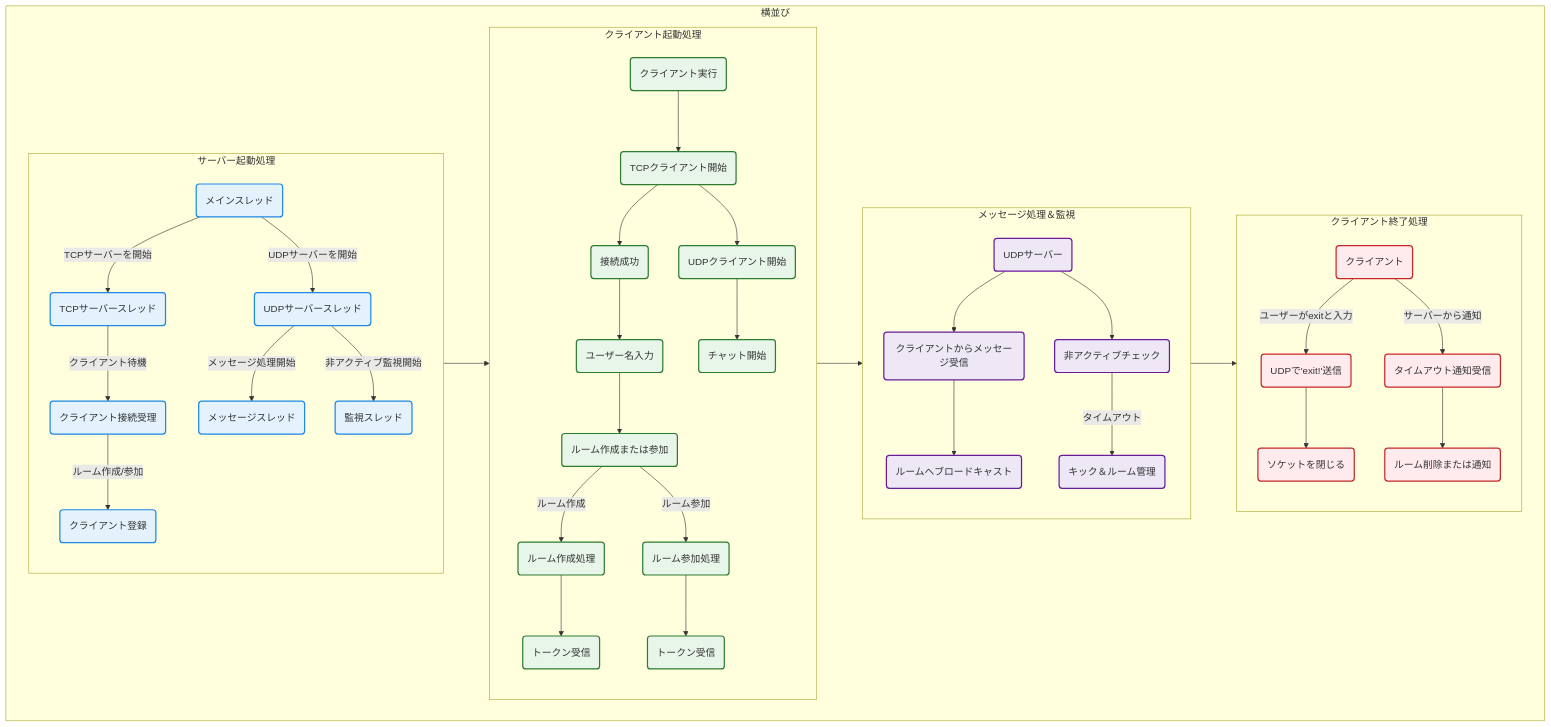
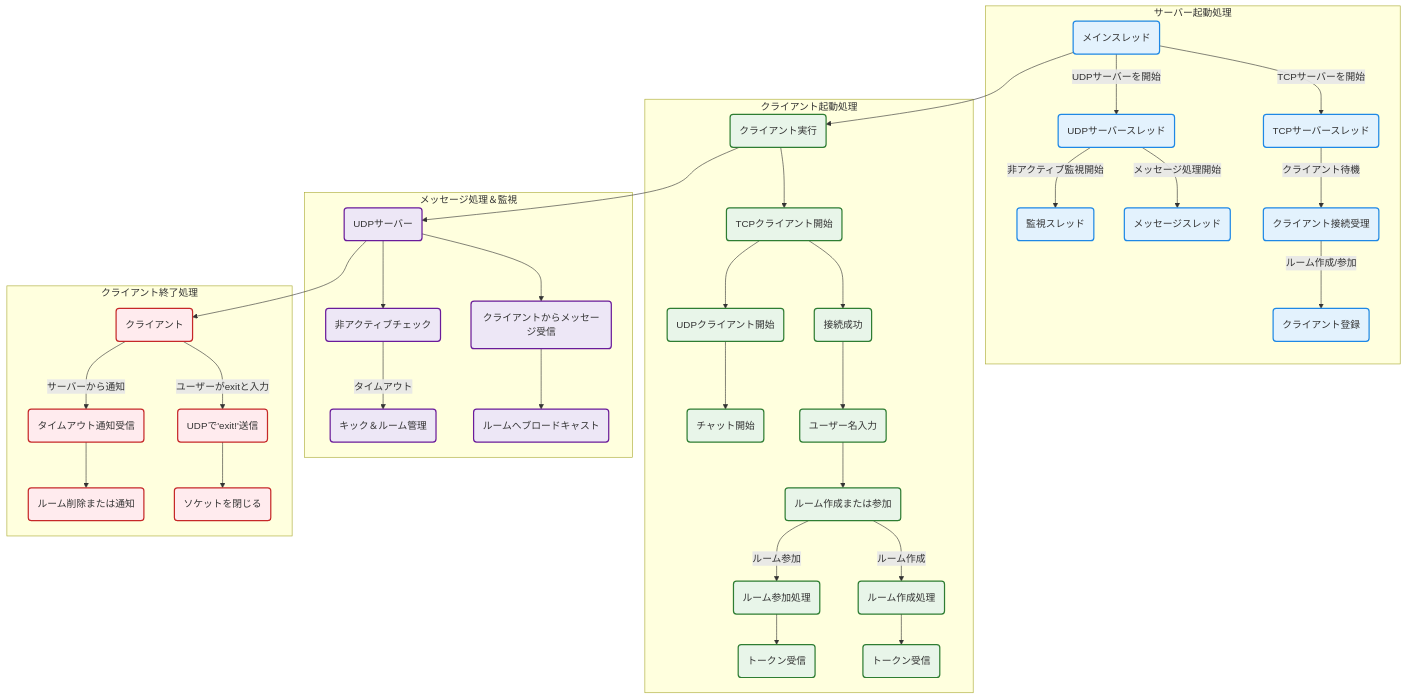
Before and after one commit to BackendExplorer/Online-Chat-Service: the second of 4 diagrams in README.md, drawn with Mermaid. The commit also changed other lines of this file, not shown here.

````diff
--- a/README.md
+++ b/README.md
@@ -62,93 +94,88 @@
 ```mermaid
 graph TD
-  %% 全体を横並びに配置するためのサブグラフ
-  subgraph 横並び
-    direction LR
 
-    %% サーバー起動処理（左側）
-    subgraph サーバー起動[サーバー起動処理]
-      direction TB
-      A1(メインスレッド)
-      A2(TCPサーバースレッド)
-      A3(UDPサーバースレッド)
-      A4(クライアント接続受理)
-      A5(クライアント登録)
-      A6(メッセージスレッド)
-      A7(監視スレッド)
-      
-      A1 -->|TCPサーバーを開始| A2
-      A1 -->|UDPサーバーを開始| A3
-      A2 -->|クライアント待機| A4
-      A4 -->|ルーム作成/参加| A5
-      A3 -->|メッセージ処理開始| A6
-      A3 -->|非アクティブ監視開始| A7
-    end
+%% スタイル定義
+classDef server fill:#e3f2fd,stroke:#1e88e5,stroke-width:2px
+classDef client fill:#e8f5e9,stroke:#2e7d32,stroke-width:2px
+classDef messaging fill:#ede7f6,stroke:#6a1b9a,stroke-width:2px
+classDef warning fill:#ffebee,stroke:#c62828,stroke-width:2px
 
-    %% クライアント起動処理
-    subgraph クライアント起動[クライアント起動処理]
-      direction TB
-      B1(クライアント実行)
-      B2(TCPクライアント開始)
-      B3(接続成功)
-      B4(ユーザー名入力)
-      B5(ルーム作成または参加)
-      B6(ルーム作成処理)
-      B7(トークン受信)
-      B8(ルーム参加処理)
-      B9(トークン受信)
-      B10(UDPクライアント開始)
-      B11(チャット開始)
-      
-      B1 --> B2
-      B2 --> B3
-      B3 --> B4
-      B4 --> B5
-      B5 -->|ルーム作成| B6 --> B7
-      B5 -->|ルーム参加| B8 --> B9
-      B2 --> B10
-      B10 --> B11
-    end
+%% サーバー起動
+subgraph サーバー起動[サーバー起動処理]
+    A1(メインスレッド)
+    A2(TCPサーバースレッド)
+    A3(UDPサーバースレッド)
+    A4(クライアント接続受理)
+    A5(クライアント登録)
+    A6(メッセージスレッド)
+    A7(監視スレッド)
 
-    %% サーバーメッセージ処理＆監視
-    subgraph サーバーメッセージ処理[メッセージ処理＆監視]
-      direction TB
-      C1(UDPサーバー)
-      C2(クライアントからメッセージ受信)
-      C3(ルームへブロードキャスト)
-      C4(非アクティブチェック)
-      C5(キック＆ルーム管理)
-      
-      C1 --> C2 --> C3
-      C1 --> C4 -->|タイムアウト| C5
-    end
+    A1 -->|TCPサーバーを開始| A2
+    A1 -->|UDPサーバーを開始| A3
+    A2 -->|クライアント待機| A4
+    A4 -->|ルーム作成/参加| A5
+    A3 -->|メッセージ処理開始| A6
+    A3 -->|非アクティブ監視開始| A7
 
-    %% クライアント終了処理（右側）
-    subgraph クライアント終了[クライアント終了処理]
-      direction TB
-      D1(クライアント)
-      D2(UDPで'exit!'送信)
-      D3(ソケットを閉じる)
-      D4(タイムアウト通知受信)
-      D5(ルーム削除または通知)
-      
-      D1 -->|ユーザーがexitと入力| D2 --> D3
-      D1 -->|サーバーから通知| D4 --> D5
-    end
-  end
+    class A1,A2,A3,A4,A5,A6,A7 server
+end
 
-  %% 各サブグラフ内の主要ノード同士を連携
-  A1 --> B1
-  B1 --> C1
-  C1 --> D1
+%% クライアント起動
+subgraph クライアント起動[クライアント起動処理]
+    B1(クライアント実行)
+    B2(TCPクライアント開始)
+    B3(接続成功)
+    B4(ユーザー名入力)
+    B5(ルーム作成または参加)
+    B6(ルーム作成処理)
+    B7(トークン受信)
+    B8(ルーム参加処理)
+    B9(トークン受信)
+    B10(UDPクライアント開始)
+    B11(チャット開始)
 
-  %% スタイル定義
-  classDef server fill:#e3f2fd,stroke:#1e88e5,stroke-width:2px
-  classDef client fill:#e8f5e9,stroke:#2e7d32,stroke-width:2px
-  classDef messaging fill:#ede7f6,stroke:#6a1b9a,stroke-width:2px
-  classDef warning fill:#ffebee,stroke:#c62828,stroke-width:2px
+    B1 --> B2
+    B2 --> B3
+    B3 --> B4
+    B4 --> B5
+    B5 -->|ルーム作成| B6 --> B7
+    B5 -->|ルーム参加| B8 --> B9
+    B2 --> B10
+    B10 --> B11
 
-  class A1,A2,A3,A4,A5,A6,A7 server
-  class B1,B2,B3,B4,B5,B6,B7,B8,B9,B10,B11 client
-  class C1,C2,C3,C4,C5 messaging
-  class D1,D2,D3,D4,D5 warning
+    class B1,B2,B3,B4,B5,B6,B7,B8,B9,B10,B11 client
+end
+
+%% サーバーメッセージ処理
+subgraph サーバーメッセージ処理[メッセージ処理＆監視]
+    C1(UDPサーバー)
+    C2(クライアントからメッセージ受信)
+    C3(ルームへブロードキャスト)
+    C4(非アクティブチェック)
+    C5(キック＆ルーム管理)
+
+    C1 --> C2 --> C3
+    C1 --> C4 -->|タイムアウト| C5
+
+    class C1,C2,C3,C4,C5 messaging
+end
+
+%% クライアント終了
+subgraph クライアント終了[クライアント終了処理]
+    D1(クライアント)
+    D2(UDPで'exit!'送信)
+    D3(ソケットを閉じる)
+    D4(タイムアウト通知受信)
+    D5(ルーム削除または通知)
+
+    D1 -->|ユーザーがexitと入力| D2 --> D3
+    D1 -->|サーバーから通知| D4 --> D5
+
+    class D1,D2,D3,D4,D5 warning
+end
+
+%% 流れ接続（全体の連携）
+A1 --> B1
+B1 --> C1
+C1 --> D1
 ```
````
